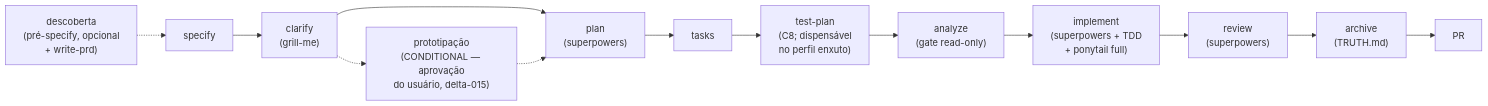
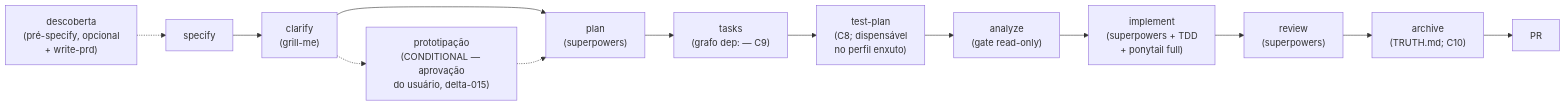
The second of 2 diagrams in README.md (iuripereira/deltaspec), drawn with Mermaid before and after one commit. The commit also changed other lines of this file and 19 other files, not shown here.

First line of the commit message:
feat(016-harness): harness — C9/C10 no gate, execução paralela por worktree, trilha de auditoria e graphify opcional (#61)

````diff
--- a/README.md
+++ b/README.md
@@ -22,14 +22,14 @@
 ```mermaid
 flowchart LR
     descoberta["descoberta<br>(pré-specify, opcional<br>+ write-prd)"] -.-> specify
     specify --> clarify["clarify<br>(grill-me)"]
     clarify --> plan["plan<br>(superpowers)"]
     clarify -.-> prototipo["prototipação<br>(CONDITIONAL — aprovação<br>do usuário, delta-015)"] -.-> plan
-    plan --> tasks
+    plan --> tasks["tasks<br>(grafo dep: — C9)"]
     tasks --> testplan["test-plan<br>(C8; dispensável<br>no perfil enxuto)"]
     testplan --> analyze["analyze<br>(gate read-only)"]
     analyze --> implement["implement<br>(superpowers + TDD<br>+ ponytail full)"]
     implement --> review["review<br>(superpowers)"]
-    review --> archive["archive<br>(TRUTH.md)"]
+    review --> archive["archive<br>(TRUTH.md; C10)"]
     archive --> PR
 ```
````
